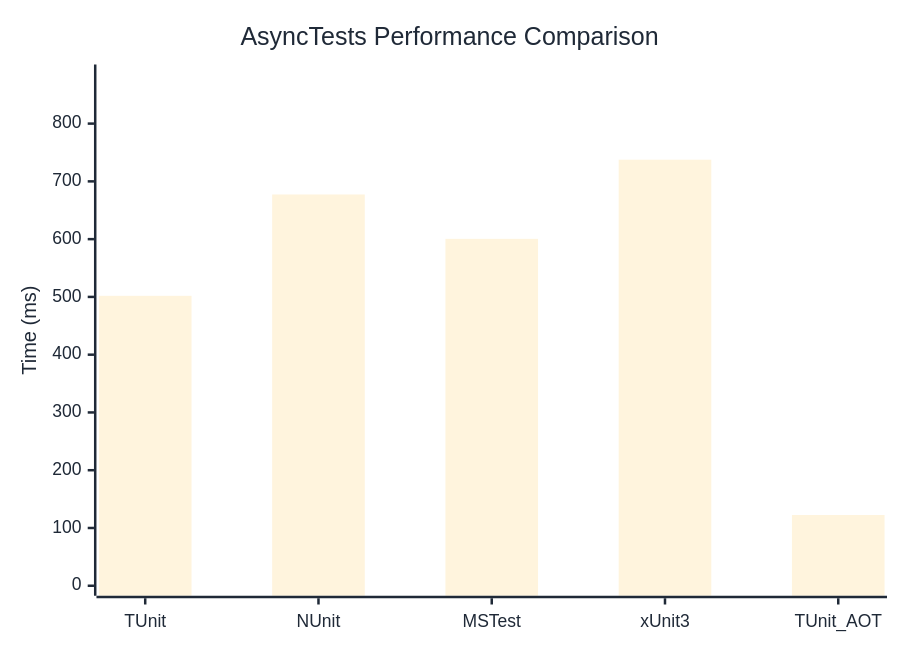
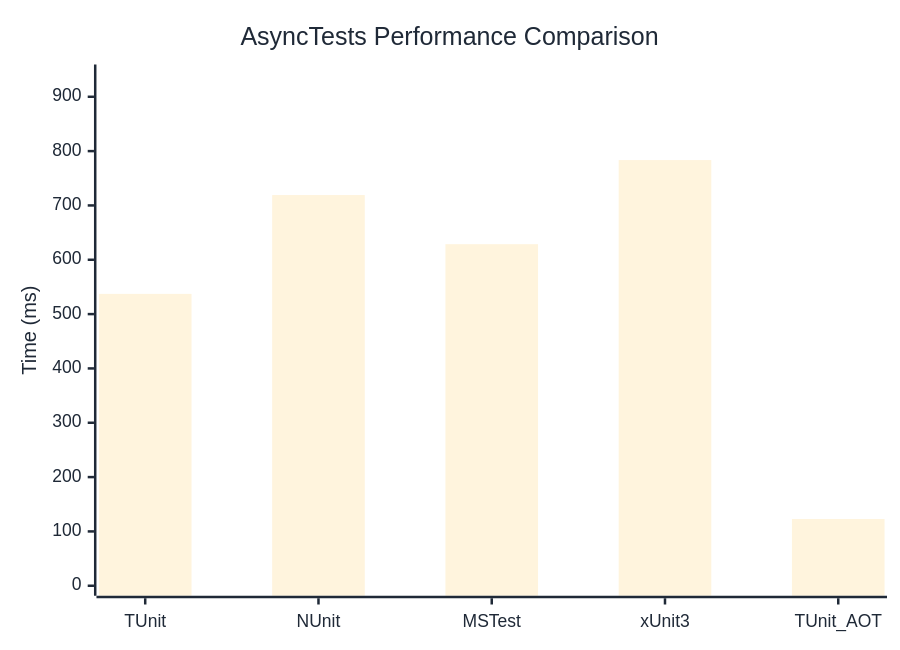
One commit to thomhurst/TUnit changed the diagram in docs/docs/benchmarks/AsyncTests.md. Above: the diagram before and after it, drawn with Mermaid. The commit also changed other lines of this file and 17 other files, not shown here.

````diff
--- a/docs/docs/benchmarks/AsyncTests.md
+++ b/docs/docs/benchmarks/AsyncTests.md
@@ -27,37 +27,37 @@
 ```mermaid
 %%{init: {
   'theme':'base',
   'themeVariables': {
     'primaryColor': '#2563eb',
     'primaryTextColor': '#1f2937',
     'primaryBorderColor': '#1e40af',
     'lineColor': '#6b7280',
     'secondaryColor': '#7c3aed',
     'tertiaryColor': '#dc2626',
     'background': '#ffffff',
     'mainBkg': '#2563eb',
     'secondBkg': '#7c3aed',
     'tertiaryBkg': '#dc2626',
     'clusterBkg': '#f3f4f6',
     'edgeLabelBackground': '#ffffff',
     'tertiaryTextColor': '#1f2937',
     'pie1': '#2563eb',
     'pie2': '#7c3aed',
     'pie3': '#dc2626',
     'pie4': '#f59e0b',
     'pie5': '#10b981',
     'pie6': '#06b6d4',
     'pie7': '#ec4899',
     'pie8': '#6366f1',
     'pie9': '#84cc16',
     'pie10': '#f97316',
     'pie11': '#14b8a6',
     'pie12': '#a855f7'
   }
 }}%%
 xychart-beta
   title "AsyncTests Performance Comparison"
   x-axis ["TUnit", "NUnit", "MSTest", "xUnit3", "TUnit_AOT"]
-  y-axis "Time (ms)" 0 --> 885
-  bar [501.9, 677.3, 600.5, 737.5, 122.5]
+  y-axis "Time (ms)" 0 --> 941
+  bar [537.2, 719.1, 628.7, 783.5, 122.8]
 ```
````
